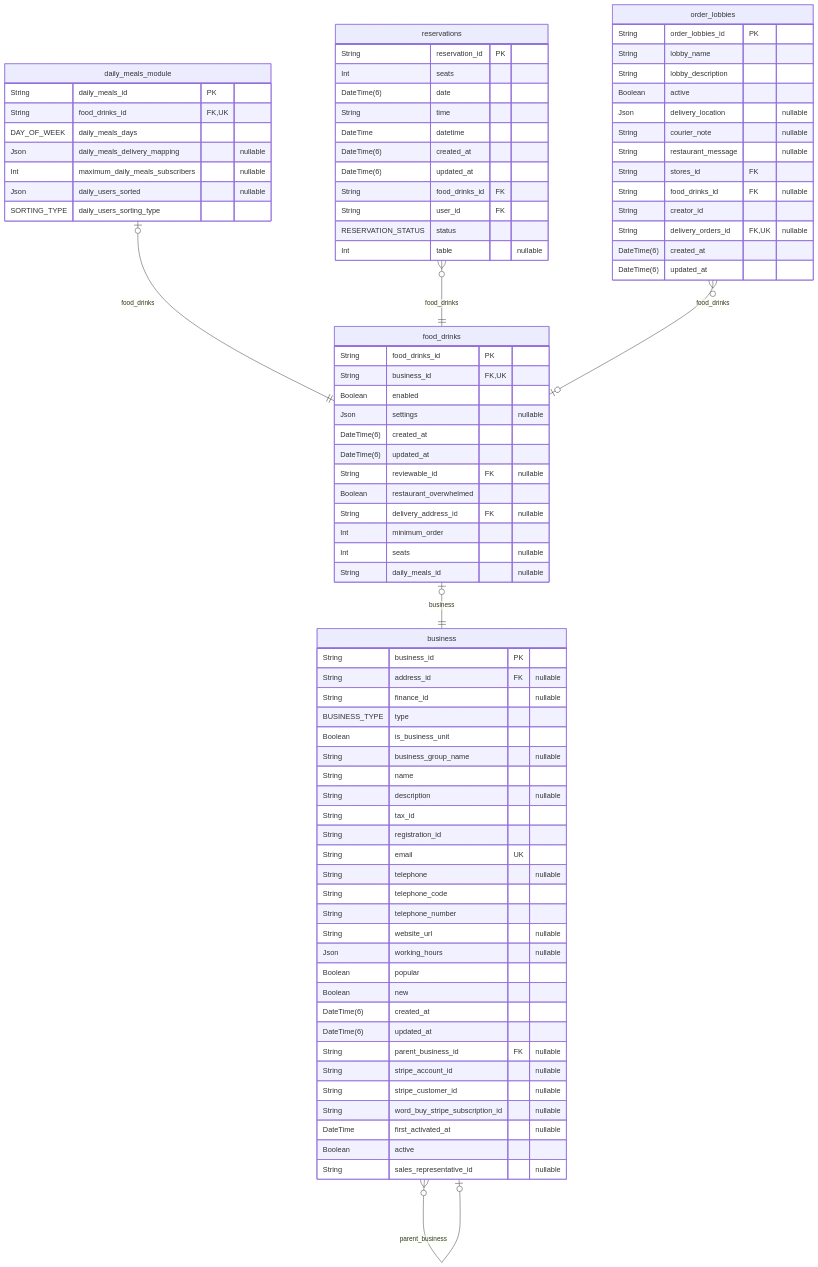
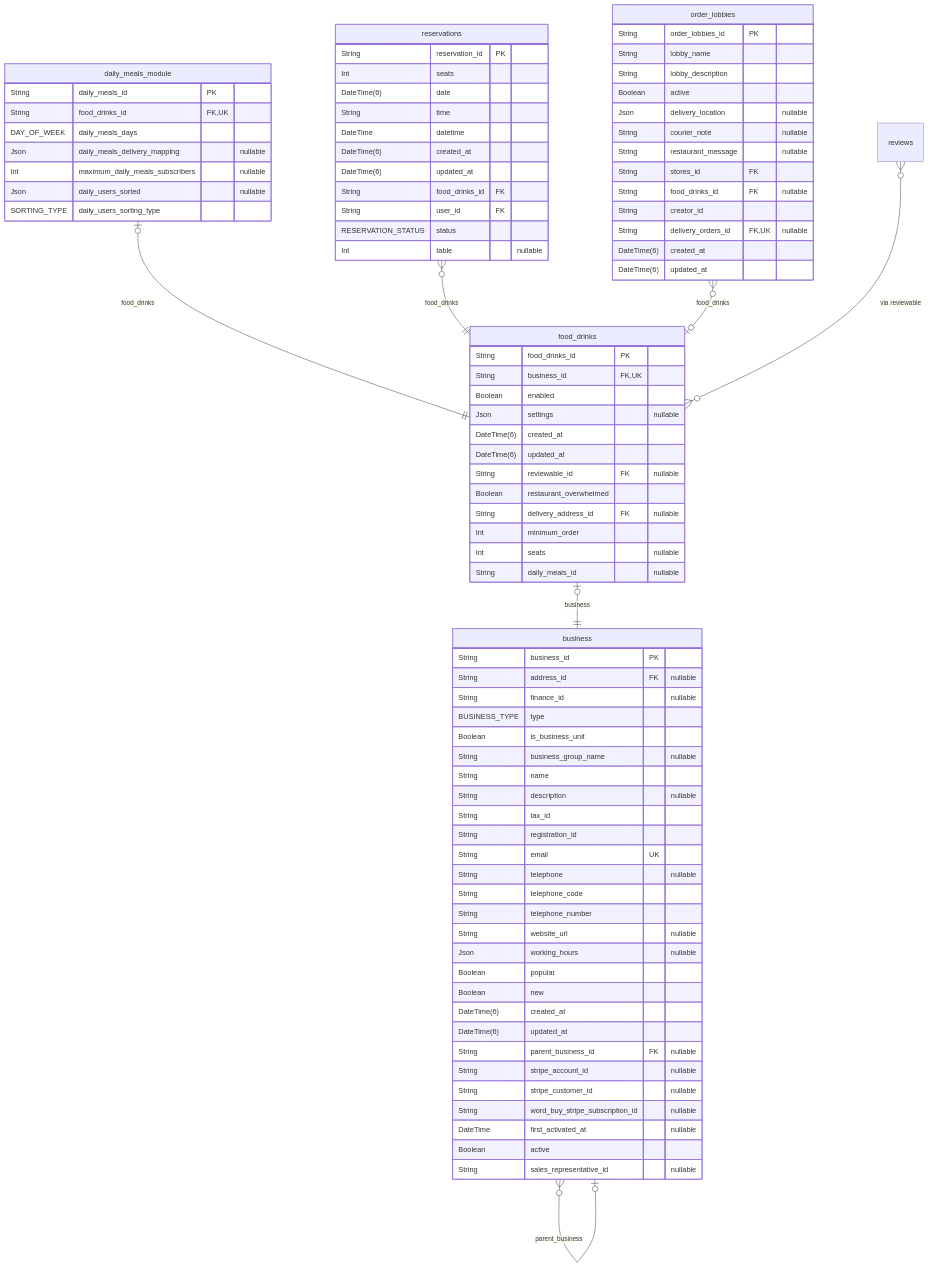
Diagram 20 of 37 in prisma/schemas/ERD.md (pbozic/be-analyisis), drawn with Mermaid before and after one commit. The commit also changed other lines of this file and 6 other files, not shown here.

Commit message:
feature: update to ERD generation with post-processing function

````diff
--- a/prisma/schemas/ERD.md
+++ b/prisma/schemas/ERD.md
@@ -4926,4 +5221,6 @@
 "business" }o--o| "business" : parent_business
 "food_drinks" |o--|| "business" : business
 "order_lobbies" }o--o| "food_drinks" : food_drinks
+
+"reviews" }o--o{ "food_drinks" : "via reviewable"
 ```
````
